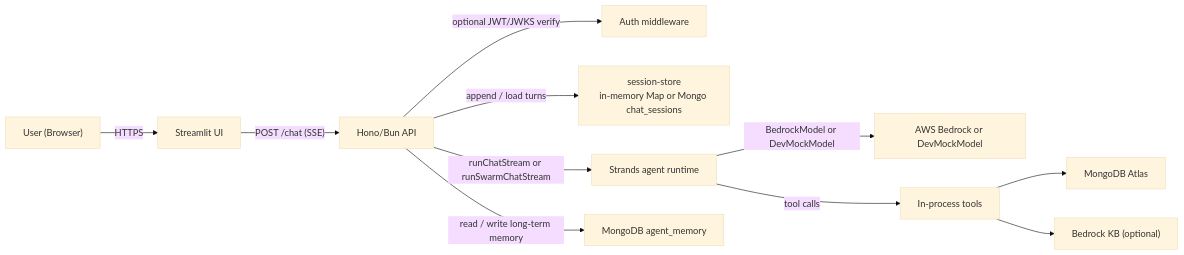
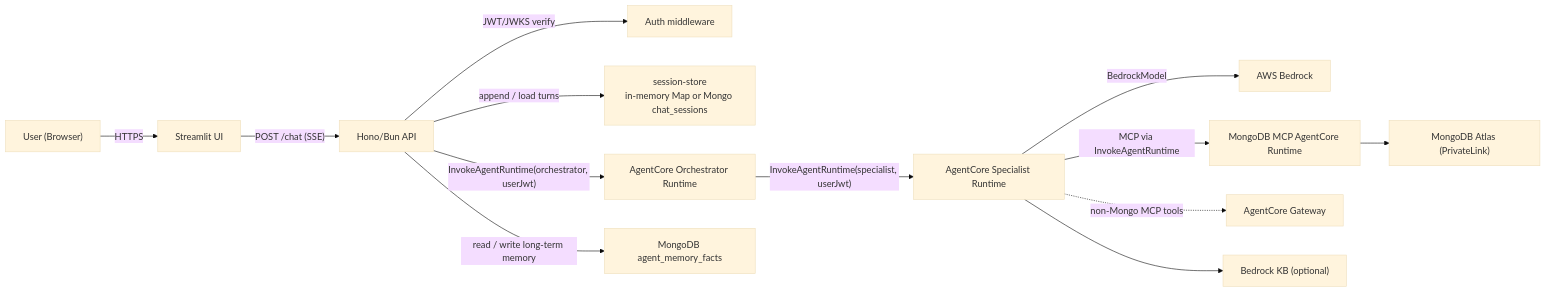
The first of 4 diagrams in docs/client/technical-approach.md (mongodb-partners/Multi-Agent-Architectural-Guidance-Bedrock-AgentCore), drawn with Mermaid (base theme) before and after one commit. The commit also changed other lines of this file and 223 other files, not shown here.

````diff
--- a/docs/client/technical-approach.md
+++ b/docs/client/technical-approach.md
@@ -15,16 +15,17 @@
 ```mermaid
 flowchart LR
     User["User (Browser)"] -->|HTTPS| UI["Streamlit UI"]
     UI -->|"POST /chat (SSE)"| API["Hono/Bun API"]
 
-    API -->|"optional JWT/JWKS verify"| Auth["Auth middleware"]
+    API -->|"JWT/JWKS verify"| Auth["Auth middleware"]
     API -->|"append / load turns"| Sessions["session-store\nin-memory Map or Mongo chat_sessions"]
-    API -->|"runChatStream or runSwarmChatStream"| AgentRuntime["Strands agent runtime"]
+    API -->|"InvokeAgentRuntime(orchestrator, userJwt)"| Orch["AgentCore Orchestrator Runtime"]
 
-    AgentRuntime -->|"BedrockModel or DevMockModel"| Model["AWS Bedrock or DevMockModel"]
-    AgentRuntime -->|"tool calls"| Tools["In-process tools"]
-
-    Tools --> Atlas["MongoDB Atlas"]
-    Tools --> KB["Bedrock KB (optional)"]
-    API -->|"read / write long-term memory"| Memory["MongoDB agent_memory"]
+    Orch -->|"InvokeAgentRuntime(specialist, userJwt)"| Spec["AgentCore Specialist Runtime"]
+    Spec -->|"BedrockModel"| Bedrock["AWS Bedrock"]
+    Spec -->|"MCP via InvokeAgentRuntime"| MCPRT["MongoDB MCP AgentCore Runtime"]
+    MCPRT --> Atlas["MongoDB Atlas (PrivateLink)"]
+    Spec -.->|"non-Mongo MCP tools"| GW["AgentCore Gateway"]
+    Spec --> KB["Bedrock KB (optional)"]
+    API -->|"read / write long-term memory"| Memory["MongoDB agent_memory_facts"]
 ```
````
